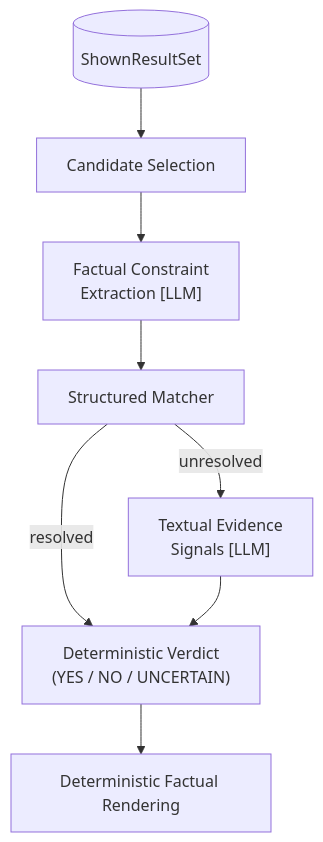
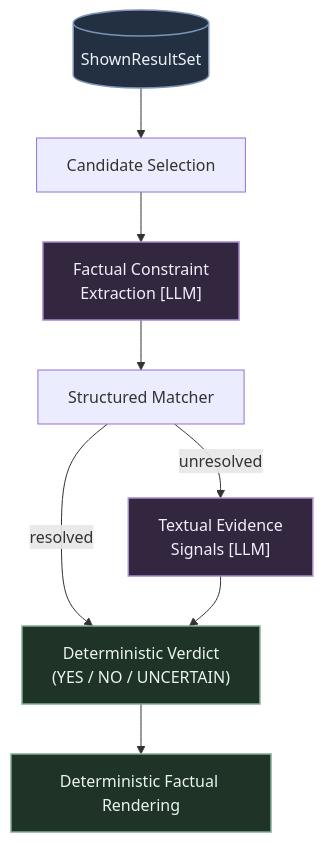
Before and after one commit to leylamehtiyeva/booking-ai-system: the second of 2 diagrams in README.md, drawn with Mermaid. The commit also changed other lines of this file, not shown here.

First line of the commit message:
docs: add semantic color classes to README architecture diagrams

````diff
--- a/README.md
+++ b/README.md
@@ -83,12 +93,20 @@
 ```mermaid
 flowchart TD
     SRS[(ShownResultSet)] --> CS[Candidate Selection]
     CS --> FCE["Factual Constraint<br/>Extraction [LLM]"]
     FCE --> SM[Structured Matcher]
 
     SM -- "resolved" --> DV["Deterministic Verdict<br/>(YES / NO / UNCERTAIN)"]
     SM -- "unresolved" --> TES["Textual Evidence<br/>Signals [LLM]"]
     TES --> DV
 
     DV --> DR[Deterministic Factual Rendering]
+
+    classDef state fill:#233042,stroke:#7c93b3,stroke-width:1.5px,color:#eef2f7;
+    classDef llm fill:#33263f,stroke:#a889c9,stroke-width:1.5px,color:#f4eef9;
+    classDef det fill:#1f3327,stroke:#7fae8f,stroke-width:1.5px,color:#eaf5ee;
+
+    class SRS state;
+    class FCE,TES llm;
+    class DV,DR det;
 ```
````
